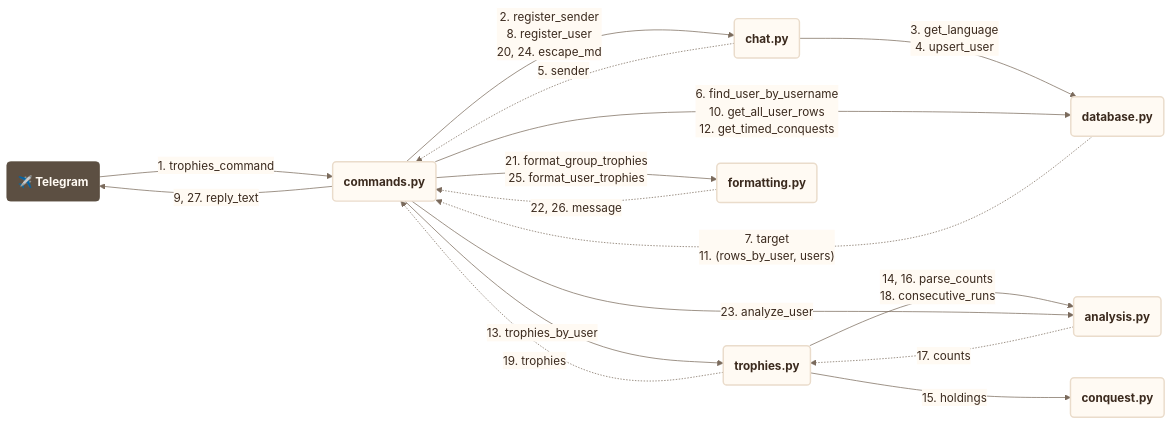
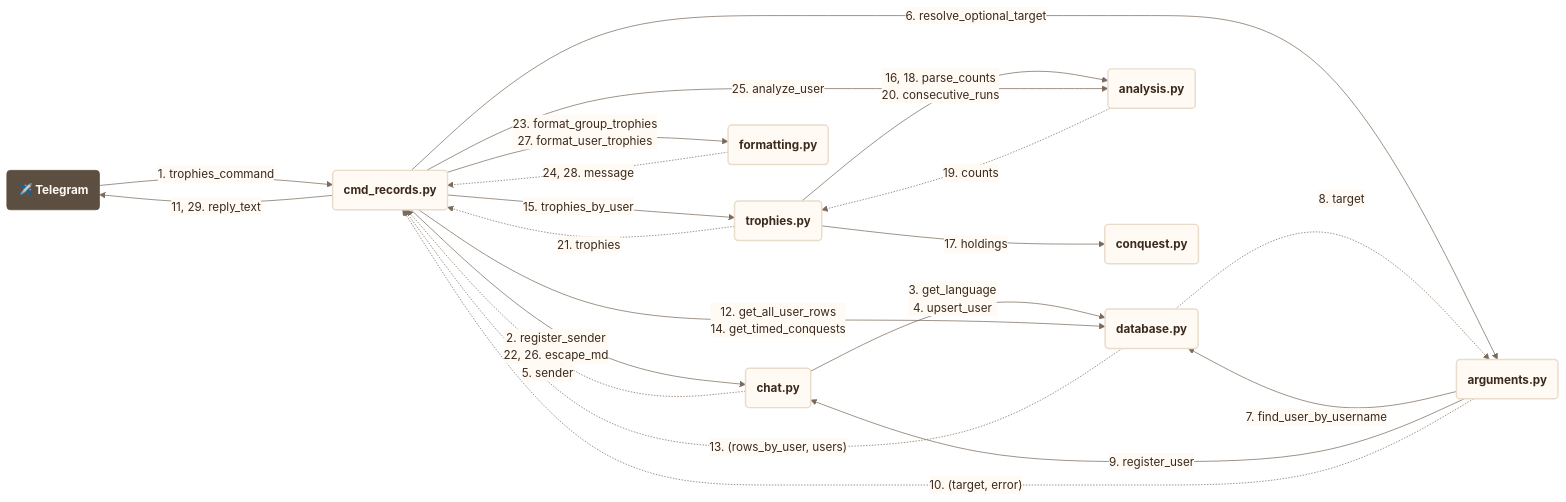
Diagram 13 of 42 in docs/use_cases.md (francescoperrino/Caccometro), drawn with Mermaid before and after one commit. The commit also changed other lines of this file and 30 other files, not shown here.

````diff
--- a/docs/use_cases.md
+++ b/docs/use_cases.md
@@ -1108,64 +1110,70 @@
 ```mermaid
 ---
 config:
   theme: base
   themeVariables:
     fontFamily: "Nunito, Segoe UI, Roboto, sans-serif"
     primaryColor: "#fffaf3"
     primaryTextColor: "#3b2a1e"
     primaryBorderColor: "#eadccb"
     secondaryColor: "#f7ecdc"
     tertiaryColor: "#f3e4d0"
     lineColor: "#7a6a5c"
     textColor: "#3b2a1e"
     edgeLabelBackground: "#fffaf3"
     clusterBkg: "#f3e4d0"
     clusterBorder: "#cbbca9"
     titleColor: "#5c4f42"
     noteBkgColor: "#f7ecdc"
     noteTextColor: "#3b2a1e"
     actorBkg: "#fffaf3"
     actorBorder: "#5c4f42"
     actorTextColor: "#3b2a1e"
     signalColor: "#7a6a5c"
     signalTextColor: "#3b2a1e"
     labelBoxBkgColor: "#f3e4d0"
     loopTextColor: "#3b2a1e"
     sequenceNumberColor: "#fffaf3"
     xyChart:
       plotColorPalette: "#2f4f8f"
   flowchart:
     nodeSpacing: 50
     rankSpacing: 160
 ---
 flowchart LR
     accTitle: Communication diagram, /trophies (/trofei)
     accDescr: The modules involved, the functions each one calls in another and what comes back, numbered as in the sequence
     telegram("<b>✈️ Telegram</b>")
-    commands("<b>commands.py</b>")
+    cmd_records("<b>cmd_records.py</b>")
     chat("<b>chat.py</b>")
     database("<b>database.py</b>")
+    arguments("<b>arguments.py</b>")
     trophies("<b>trophies.py</b>")
     analysis("<b>analysis.py</b>")
     conquest("<b>conquest.py</b>")
     formatting("<b>formatting.py</b>")
-    telegram -->|"1.#nbsp;trophies_command"| commands
-    commands -->|"2.#nbsp;register_sender<br/>8.#nbsp;register_user<br/>20, 24.#nbsp;escape_md"| chat
+    telegram -->|"1.#nbsp;trophies_command"| cmd_records
+    cmd_records -->|"2.#nbsp;register_sender<br/>22, 26.#nbsp;escape_md"| chat
     chat -->|"3.#nbsp;get_language<br/>4.#nbsp;upsert_user"| database
-    chat -.->|"5.#nbsp;sender"| commands
-    commands -->|"6.#nbsp;find_user_by_username<br/>10.#nbsp;get_all_user_rows<br/>12.#nbsp;get_timed_conquests"| database
-    database -.->|"7.#nbsp;target<br/>11.#nbsp;(rows_by_user, users)"| commands
-    commands -->|"9, 27.#nbsp;reply_text"| telegram
-    commands -->|"13.#nbsp;trophies_by_user"| trophies
-    trophies -->|"14, 16.#nbsp;parse_counts<br/>18.#nbsp;consecutive_runs"| analysis
-    trophies -->|"15.#nbsp;holdings"| conquest
-    analysis -.->|"17.#nbsp;counts"| trophies
-    trophies -.->|"19.#nbsp;trophies"| commands
-    commands -->|"21.#nbsp;format_group_trophies<br/>25.#nbsp;format_user_trophies"| formatting
-    formatting -.->|"22, 26.#nbsp;message"| commands
-    commands -->|"23.#nbsp;analyze_user"| analysis
+    chat -.->|"5.#nbsp;sender"| cmd_records
+    cmd_records -->|"6.#nbsp;resolve_optional_target"| arguments
+    arguments -->|"7.#nbsp;find_user_by_username"| database
+    database -.->|"8.#nbsp;target"| arguments
+    arguments -->|"9.#nbsp;register_user"| chat
+    arguments -.->|"10.#nbsp;(target, error)"| cmd_records
+    cmd_records -->|"11, 29.#nbsp;reply_text"| telegram
+    cmd_records -->|"12.#nbsp;get_all_user_rows<br/>14.#nbsp;get_timed_conquests"| database
+    database -.->|"13.#nbsp;(rows_by_user, users)"| cmd_records
+    cmd_records -->|"15.#nbsp;trophies_by_user"| trophies
+    trophies -->|"16, 18.#nbsp;parse_counts<br/>20.#nbsp;consecutive_runs"| analysis
+    trophies -->|"17.#nbsp;holdings"| conquest
+    analysis -.->|"19.#nbsp;counts"| trophies
+    trophies -.->|"21.#nbsp;trophies"| cmd_records
+    cmd_records -->|"23.#nbsp;format_group_trophies<br/>27.#nbsp;format_user_trophies"| formatting
+    formatting -.->|"24, 28.#nbsp;message"| cmd_records
+    cmd_records -->|"25.#nbsp;analyze_user"| analysis
     classDef step fill:#fffaf3,stroke:#eadccb,stroke-width:2px,color:#3b2a1e
     classDef person fill:#5c4f42,stroke:#5c4f42,color:#fffaf3
-    class commands,chat,database,trophies,analysis,conquest,formatting step
+    class cmd_records,chat,database,arguments,trophies,analysis,conquest,formatting step
     class telegram person
 ```
````
